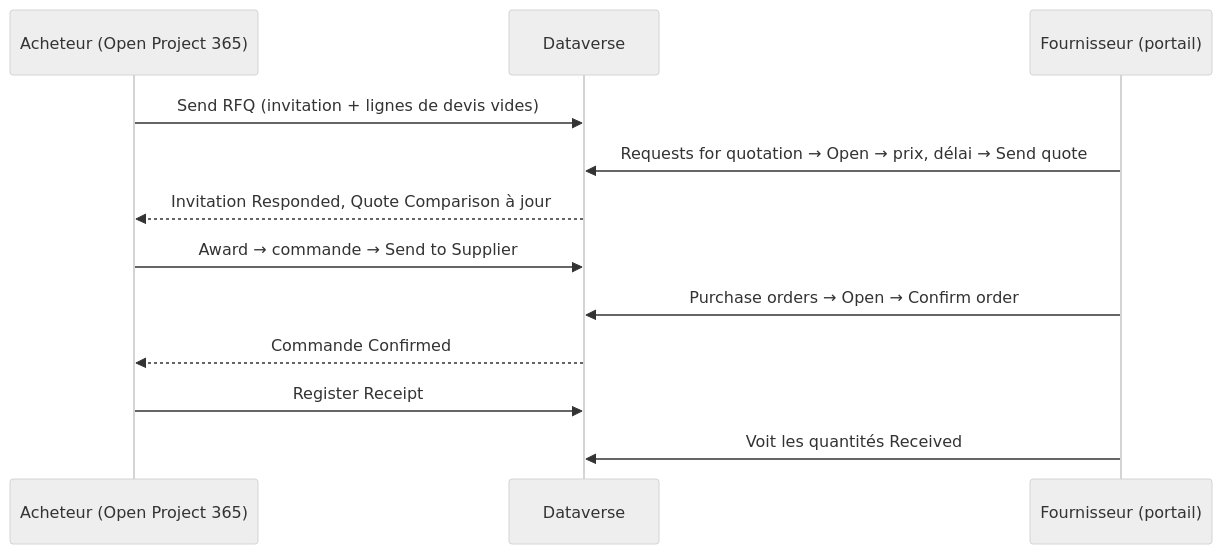
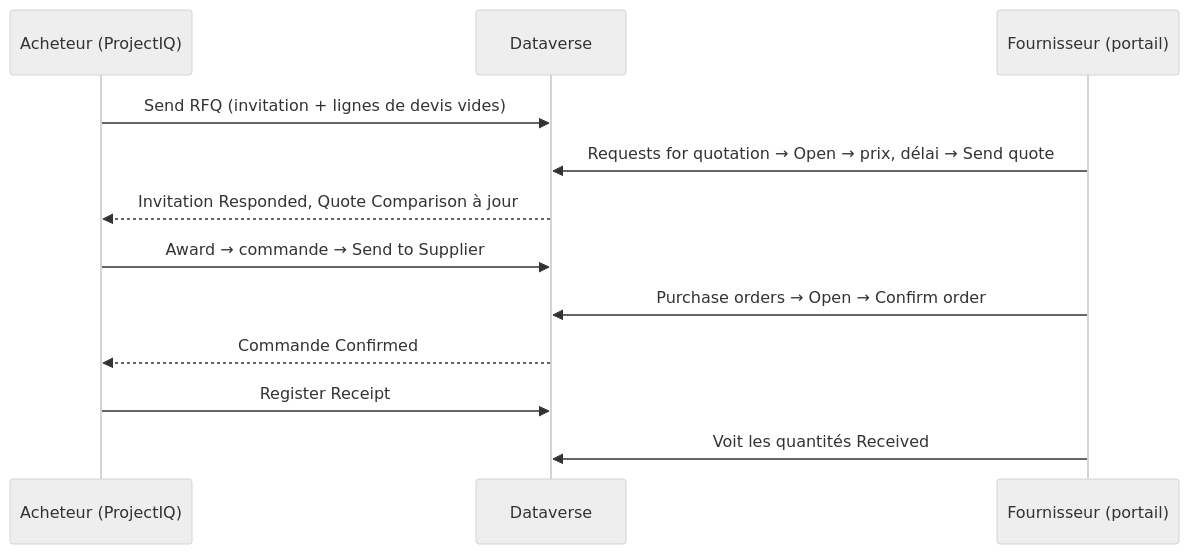
Before and after one commit to Power-Builders-Italia/ProjectIQ: the diagram in docs/fr/supplier-portal.md, drawn with Mermaid (neutral theme). The commit also changed other lines of this file and 84 other files, not shown here.

First line of the commit message:
Rebrand product from Open Project 365 to ProjectIQ (#52)

````diff
--- a/docs/fr/supplier-portal.md
+++ b/docs/fr/supplier-portal.md
@@ -18,14 +18,14 @@
 ```mermaid
 sequenceDiagram
-    participant B as Acheteur (Open Project 365)
+    participant B as Acheteur (ProjectIQ)
     participant DV as Dataverse
     participant S as Fournisseur (portail)
     B->>DV: Send RFQ (invitation + lignes de devis vides)
     S->>DV: Requests for quotation → Open → prix, délai → Send quote
     DV-->>B: Invitation Responded, Quote Comparison à jour
     B->>DV: Award → commande → Send to Supplier
     S->>DV: Purchase orders → Open → Confirm order
     DV-->>B: Commande Confirmed
     B->>DV: Register Receipt
     S->>DV: Voit les quantités Received
 ```
````
